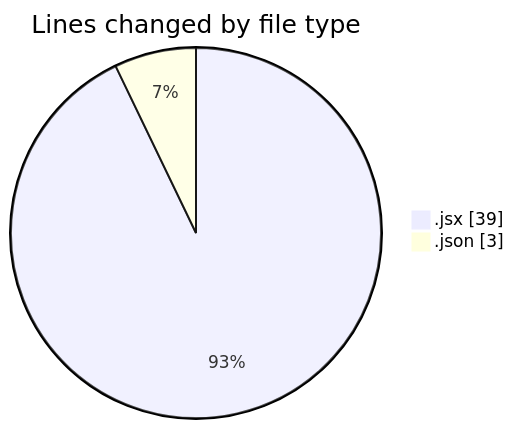
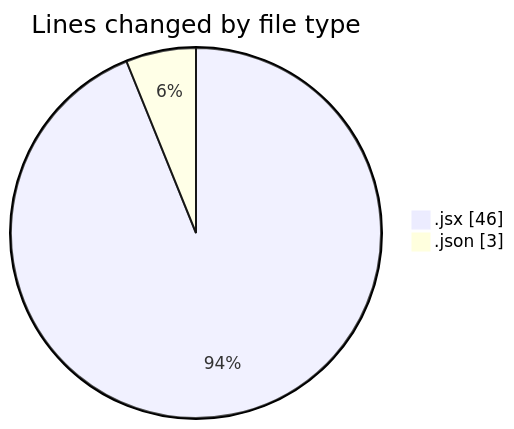
Before and after one commit to Elitesun/code-tracking: the first of 2 diagrams in 2025-01-24/react/README.md, drawn with Mermaid. The commit also changed other lines of this file and 1 other file, not shown here.

````diff
--- a/2025-01-24/react/README.md
+++ b/2025-01-24/react/README.md
@@ -22,6 +22,6 @@
 ```mermaid
 pie showData
 title Lines changed by file type
-".jsx" : 39
+".jsx" : 46
 ".json" : 3
 ```
````
